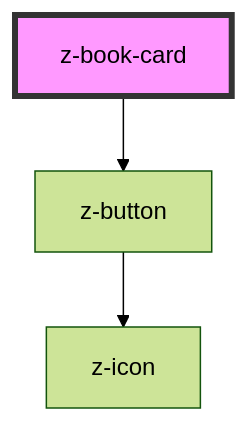
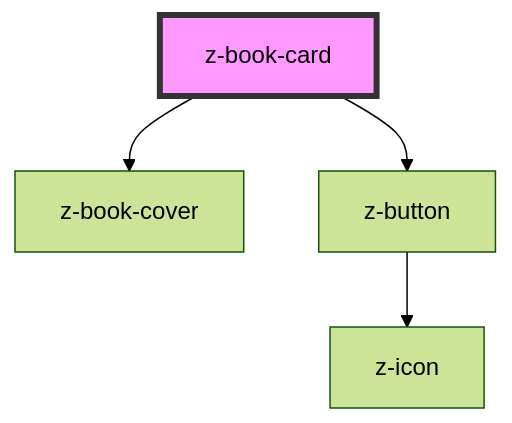
One commit to ZanichelliEditore/design-system changed the diagram in src/components/book-card/z-book-card/readme.md. Above: the diagram before and after it, drawn with Mermaid (forest theme). The commit also changed other lines of this file and 19 other files, not shown here.

Commit message:
feat: z-book-cover component

````diff
--- a/src/components/book-card/z-book-card/readme.md
+++ b/src/components/book-card/z-book-card/readme.md
@@ -53,6 +56,7 @@
 ```mermaid
 graph TD;
+  z-book-card --> z-book-cover
   z-book-card --> z-button
   z-button --> z-icon
   style z-book-card fill:#f9f,stroke:#333,stroke-width:4px
 ```
````
